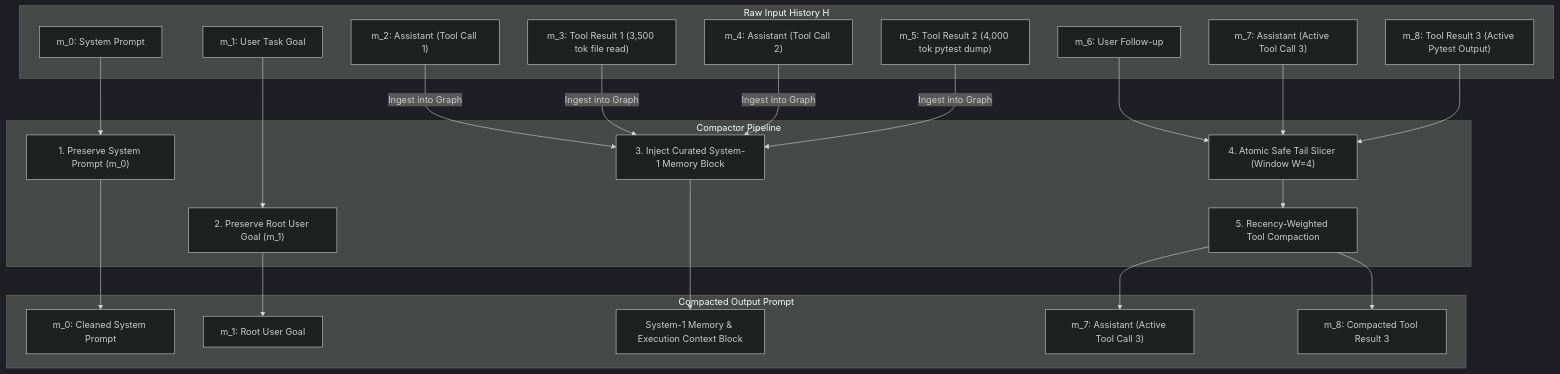
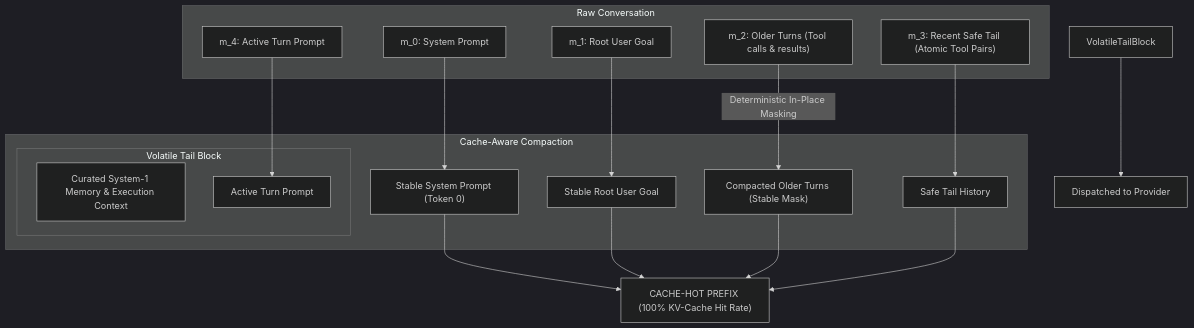
The fifth of 6 diagrams in ARCHITECTURE.md (Mukul-svg/laya-swe), drawn with Mermaid (dark theme) before and after one commit. The commit also changed other lines of this file and 5 other files, not shown here.

Commit message:
feat: harden memory engine security, cache-aware compaction, and update architecture spec

````diff
--- a/ARCHITECTURE.md
+++ b/ARCHITECTURE.md
@@ -221,35 +287,25 @@
 ```mermaid
 flowchart TD
-    subgraph Raw Input History H
+    subgraph Raw Conversation
         M0["m_0: System Prompt"]
-        M1["m_1: User Task Goal"]
-        M2["m_2: Assistant (Tool Call 1)"]
-        M3["m_3: Tool Result 1 (3,500 tok file read)"]
-        M4["m_4: Assistant (Tool Call 2)"]
-        M5["m_5: Tool Result 2 (4,000 tok pytest dump)"]
-        M6["m_6: User Follow-up"]
-        M7["m_7: Assistant (Active Tool Call 3)"]
-        M8["m_8: Tool Result 3 (Active Pytest Output)"]
+        M1["m_1: Root User Goal"]
+        M2["m_2: Older Turns (Tool calls & results)"]
+        M3["m_3: Recent Safe Tail (Atomic Tool Pairs)"]
+        M4["m_4: Active Turn Prompt"]
     end
 
-    subgraph Compactor Pipeline
-        P_Sys["1. Preserve System Prompt (m_0)"]
-        P_Goal["2. Preserve Root User Goal (m_1)"]
-        P_S1["3. Inject Curated System-1 Memory Block"]
-        P_Tail["4. Atomic Safe Tail Slicer (Window W=4)"]
-        P_Virt["5. Recency-Weighted Tool Compaction"]
+    subgraph Cache-Aware Compaction
+        M0 --> S0["Stable System Prompt (Token 0)"]
+        M1 --> S1["Stable Root User Goal"]
+        M2 -->|Deterministic In-Place Masking| S2["Compacted Older Turns (Stable Mask)"]
+        M3 --> S3["Safe Tail History"]
+        
+        subgraph Volatile Tail Block
+            Mem["Curated System-1 Memory & Execution Context"]
+            M4 --> FinalPrompt["Active Turn Prompt"]
+        end
     end
 
-    subgraph Compacted Output Prompt
-        C0["m_0: Cleaned System Prompt"]
-        C1["m_1: Root User Goal"]
-        C2["System-1 Memory & Execution Context Block"]
-        C3["m_7: Assistant (Active Tool Call 3)"]
-        C4["m_8: Compacted Tool Result 3"]
-    end
-
-    M0 --> P_Sys --> C0
-    M1 --> P_Goal --> C1
-    M2 & M3 & M4 & M5 -->|Ingest into Graph| P_S1 --> C2
-    M6 & M7 & M8 --> P_Tail --> P_Virt --> C3 & C4
+    S0 & S1 & S2 & S3 --> CacheZone["CACHE-HOT PREFIX (100% KV-Cache Hit Rate)"]
+    VolatileTailBlock --> Sched["Dispatched to Provider"]
 ```
````
